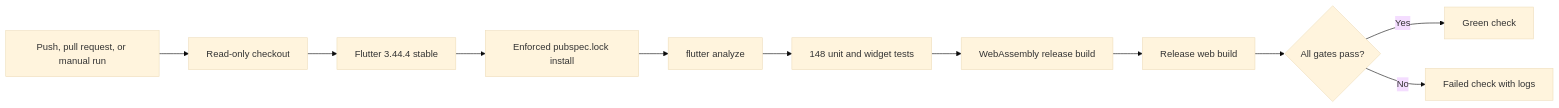
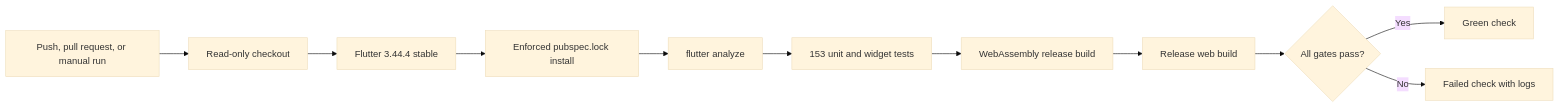
Before and after one commit to Omatsulijoshua/CADPILOT-AI: the diagram in docs/flutter-ci.md, drawn with Mermaid (base theme). The commit also changed 4 other files, not shown here.

````diff
--- a/docs/flutter-ci.md
+++ b/docs/flutter-ci.md
@@ -13,13 +13,13 @@
 ```mermaid
 flowchart LR
     Event["Push, pull request, or manual run"] --> Checkout["Read-only checkout"]
     Checkout --> SDK["Flutter 3.44.4 stable"]
     SDK --> Lock["Enforced pubspec.lock install"]
     Lock --> Analyze["flutter analyze"]
-    Analyze --> Tests["148 unit and widget tests"]
+    Analyze --> Tests["153 unit and widget tests"]
     Tests --> Wasm["WebAssembly release build"]
     Wasm --> Web["Release web build"]
     Web --> Result{"All gates pass?"}
     Result -- "Yes" --> Green["Green check"]
     Result -- "No" --> Logs["Failed check with logs"]
 ```
````
